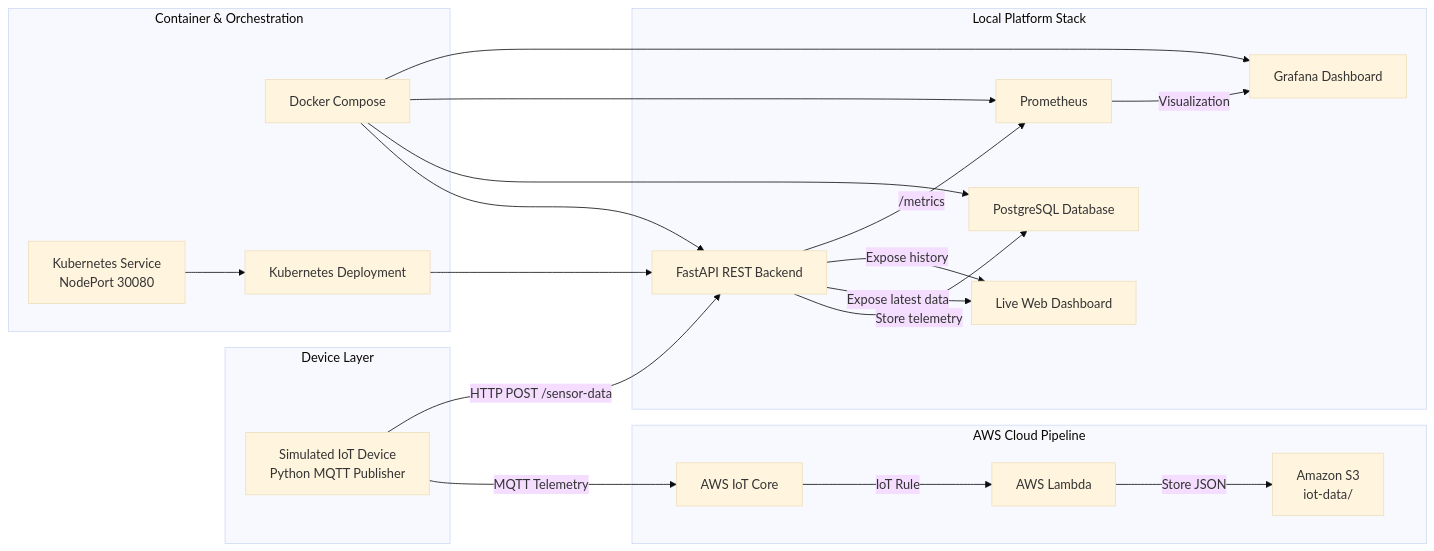
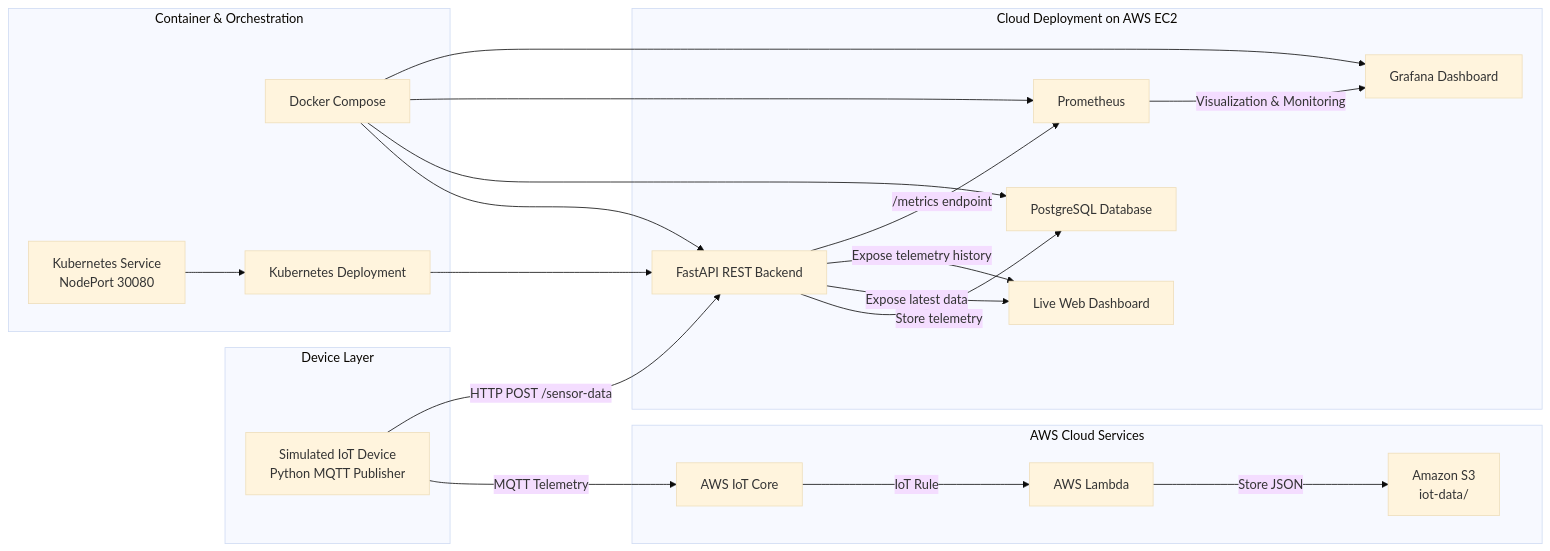
Before and after one commit to umair95-prog/iot-cloud-platform: the first of 2 diagrams in README.md, drawn with Mermaid (base theme). The commit also changed other lines of this file and 1 other file, not shown here.

Commit message:
Document AWS EC2 cloud deployment architecture

````diff
--- a/README.md
+++ b/README.md
@@ -28,48 +30,48 @@
 ```mermaid
 flowchart LR
 
     subgraph Device Layer
         A[Simulated IoT Device<br>Python MQTT Publisher]
     end
 
-    subgraph AWS Cloud Pipeline
+    subgraph AWS Cloud Services
         B[AWS IoT Core]
         C[AWS Lambda]
         D[Amazon S3<br>iot-data/]
     end
 
-    subgraph Local Platform Stack
+    subgraph Cloud Deployment on AWS EC2
         E[FastAPI REST Backend]
         F[PostgreSQL Database]
         G[Live Web Dashboard]
         H[Prometheus]
         I[Grafana Dashboard]
     end
 
     subgraph Container & Orchestration
         J[Docker Compose]
         K[Kubernetes Deployment]
         L[Kubernetes Service<br>NodePort 30080]
     end
 
     A -->|MQTT Telemetry| B
     B -->|IoT Rule| C
     C -->|Store JSON| D
 
     A -->|HTTP POST /sensor-data| E
 
     E -->|Store telemetry| F
     E -->|Expose latest data| G
-    E -->|Expose history| G
+    E -->|Expose telemetry history| G
 
-    E -->|/metrics| H
-    H -->|Visualization| I
+    E -->|/metrics endpoint| H
+    H -->|Visualization & Monitoring| I
 
     J --> E
     J --> F
     J --> H
     J --> I
 
     K --> E
     L --> K
 ```
````
